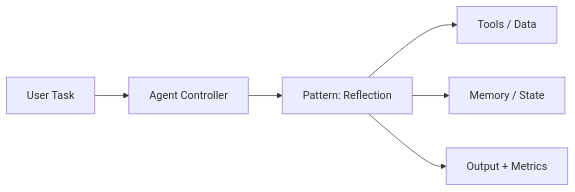
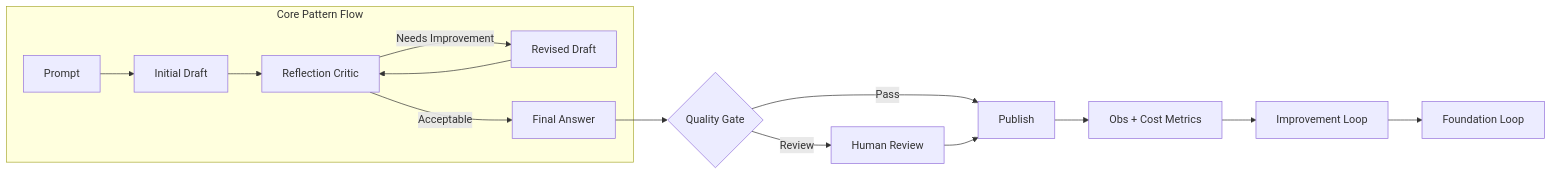
One commit to vivekreeves/agentic-design-patterns-lab changed the diagram in notebooks/level_01_agent_foundations/04_reflection_architecture.md. Above: the diagram before and after it, drawn with Mermaid. The commit also changed 71 other files, not shown here.

````diff
--- a/notebooks/level_01_agent_foundations/04_reflection_architecture.md
+++ b/notebooks/level_01_agent_foundations/04_reflection_architecture.md
@@ -5,8 +5,17 @@
 ```mermaid
 flowchart LR
-  Q[User Task] --> A[Agent Controller]
-  A --> P[Pattern: Reflection]
-  P --> T[Tools / Data]
-  P --> M[Memory / State]
-  P --> O[Output + Metrics]
+  subgraph CoreFlow[Core Pattern Flow]
+    P[Prompt] --> D[Initial Draft]
+    D --> R[Reflection Critic]
+    R -->|Needs Improvement| D2[Revised Draft]
+    R -->|Acceptable| O[Final Answer]
+    D2 --> R
+  end
+  O --> QG{Quality Gate}
+  QG -->|Pass| PUB[Publish]
+  QG -->|Review| HREV[Human Review]
+  HREV --> PUB
+  PUB --> OBS[Obs + Cost Metrics]
+  OBS --> LOOP[Improvement Loop]
+  LOOP --> L1[Foundation Loop]
 ```
````
